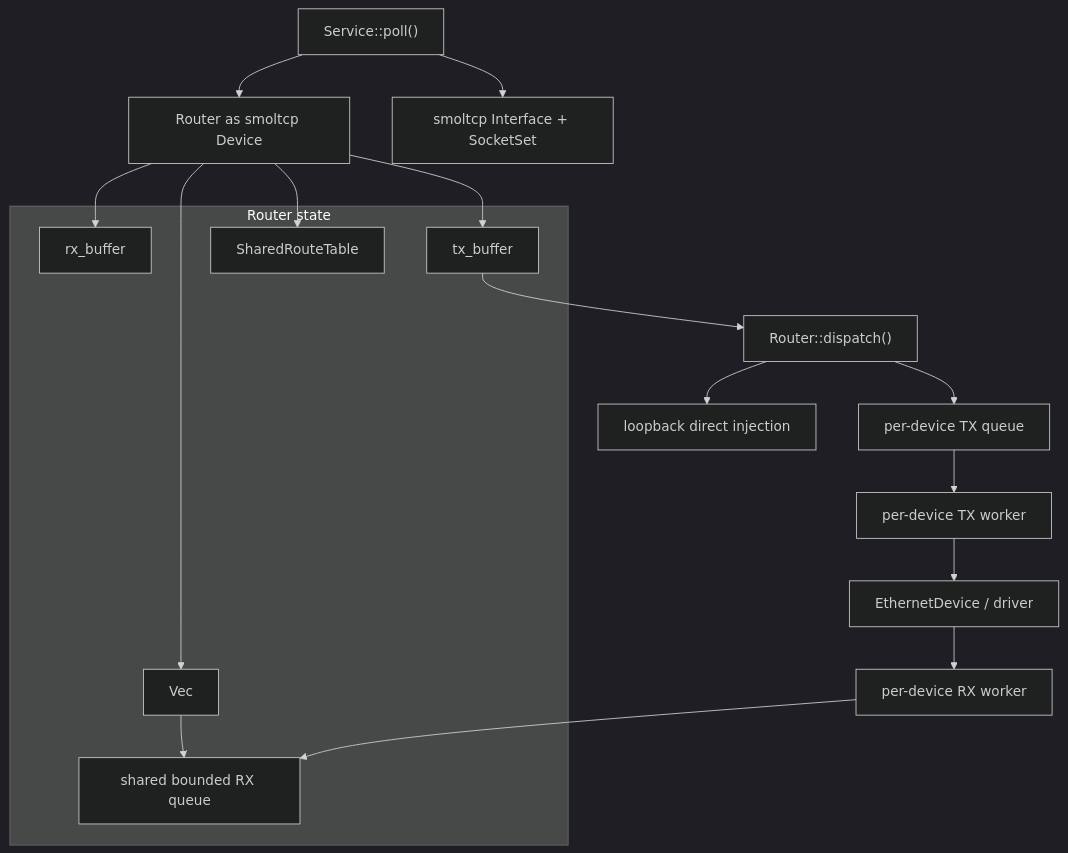
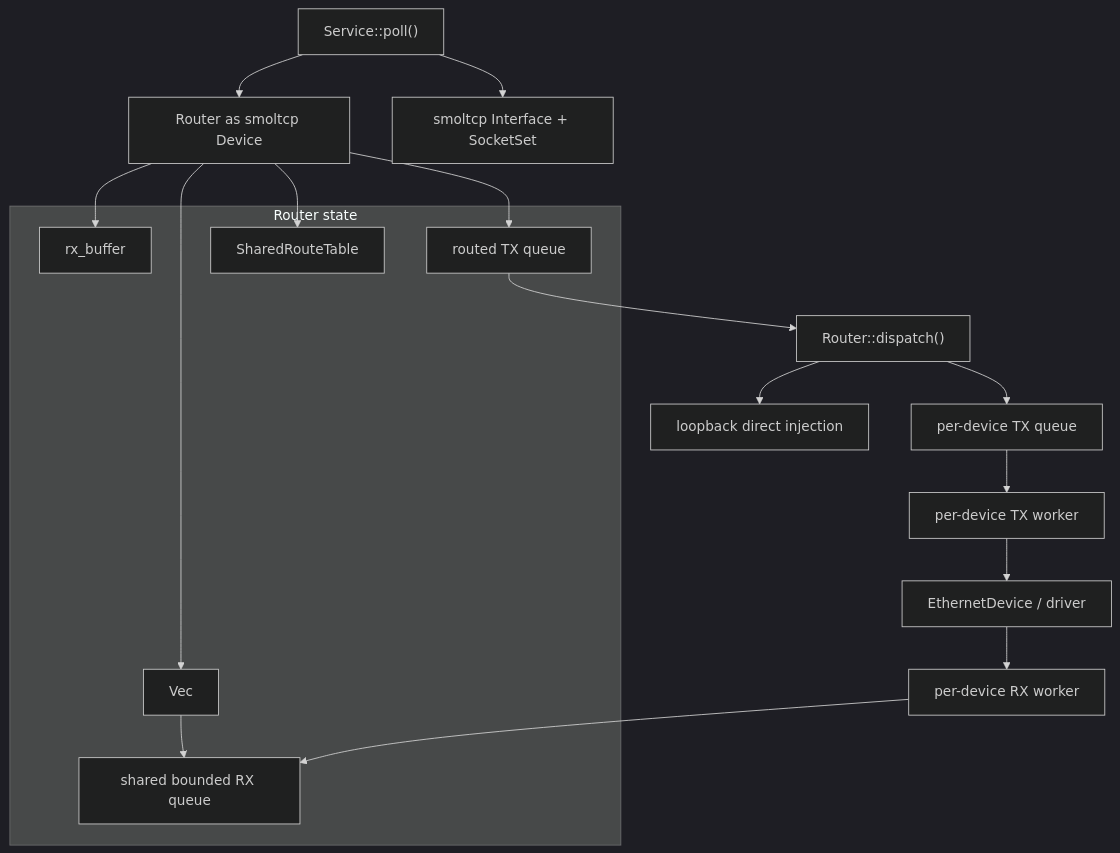
One commit to rcore-os/tgoskits changed the diagram in docs/docs/architecture/net/devices.md. Above: the diagram before and after it, drawn with Mermaid (dark theme). The commit also changed other lines of this file and 19 other files, not shown here.

````diff
--- a/docs/docs/architecture/net/devices.md
+++ b/docs/docs/architecture/net/devices.md
@@ -32,27 +32,27 @@
 ```mermaid
 flowchart TB
     Service["Service::poll()"] --> Router["Router as smoltcp Device"]
     Service --> Smol["smoltcp Interface + SocketSet"]
 
     subgraph RouterState["Router state"]
         RxBuf["rx_buffer"]
-        TxBuf["tx_buffer"]
+        TxQueue["routed TX queue"]
         Routes["SharedRouteTable"]
         Devices["Vec<DeviceHandle>"]
         RxQueue["shared bounded RX queue"]
     end
 
     Router --> RxBuf
-    Router --> TxBuf
+    Router --> TxQueue
     Router --> Routes
     Router --> Devices
     Devices --> RxQueue
 
     DevRx["per-device RX worker"] --> RxQueue
-    TxBuf --> Dispatch["Router::dispatch()"]
+    TxQueue --> Dispatch["Router::dispatch()"]
     Dispatch --> Loopback["loopback direct injection"]
     Dispatch --> DevTx["per-device TX queue"]
     DevTx --> TxWorker["per-device TX worker"]
     TxWorker --> Device["EthernetDevice / driver"]
     Device --> DevRx
 ```
````
